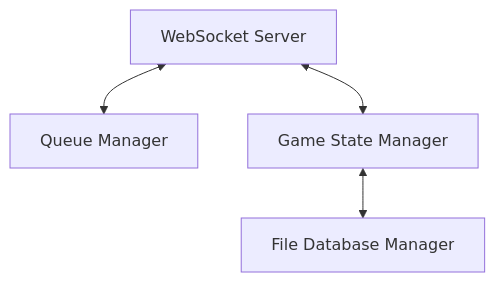
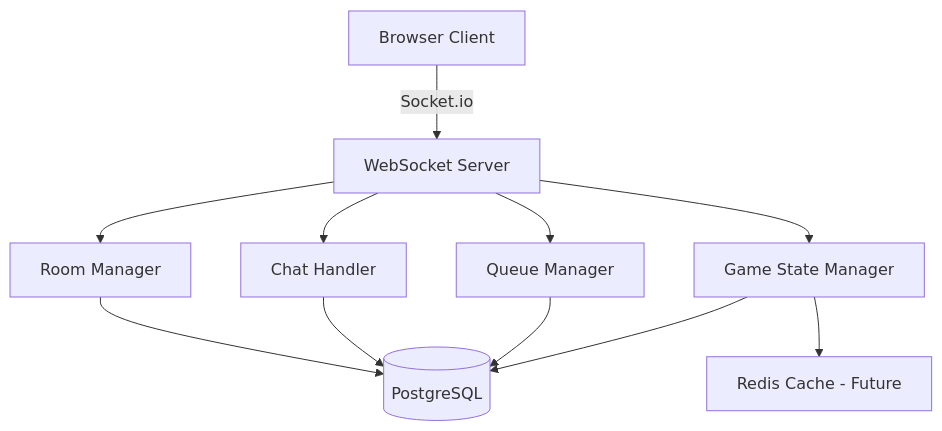
Before and after one commit to Nwachukwuchinedu/Charge-Circle: the diagram in PRD.md, drawn with Mermaid. The commit also changed other lines of this file and 1 other file, not shown here.

Commit message:
feat: implement animated GameGrid component with canvas rendering for piece movement and target indicators

````diff
--- a/PRD.md
+++ b/PRD.md
@@ -176,6 +164,13 @@
 ```mermaid
 graph TD
-    WS[WebSocket Server] <--> QM[Queue Manager]
-    WS <--> GSM[Game State Manager]
-    GSM <--> FDB[File Database Manager]
+    Client[Browser Client] -->|Socket.io| WS[WebSocket Server]
+    WS --> QM[Queue Manager]
+    WS --> GSM[Game State Manager]
+    WS --> Chat[Chat Handler]
+    WS --> RoomM[Room Manager]
+    GSM --> DB[(PostgreSQL)]
+    QM --> DB
+    Chat --> DB
+    RoomM --> DB
+    GSM --> Redis[Redis Cache - Future]
 ```
````
